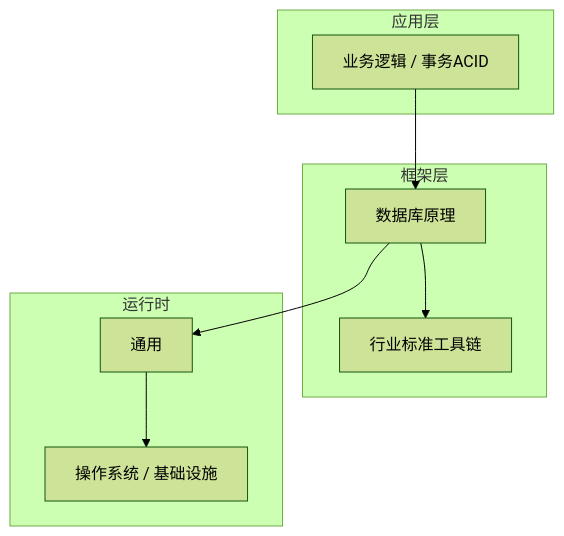
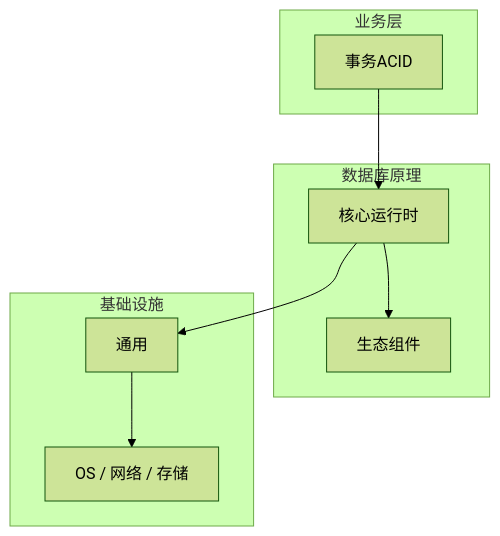
The diagram in articles/数据库原理/chapters/037-事务ACID核心概念与原理.md (yanggan2015/knowledge-json-v2), drawn with Mermaid (forest theme) before and after one commit. The commit also changed other lines of this file and 10127 other files, not shown here.

````diff
--- a/articles/数据库原理/chapters/037-事务ACID核心概念与原理.md
+++ b/articles/数据库原理/chapters/037-事务ACID核心概念与原理.md
@@ -45,18 +34,18 @@
 ```mermaid
 graph TB
-    subgraph 应用层
-        A[业务逻辑 / 事务ACID]
+    subgraph 业务层
+        A[事务ACID]
     end
-    subgraph 框架层
-        B[数据库原理]
-        C[行业标准工具链]
+    subgraph 数据库原理
+        B[核心运行时]
+        C[生态组件]
     end
-    subgraph 运行时
+    subgraph 基础设施
         D[通用]
-        E[操作系统 / 基础设施]
+        E[OS / 网络 / 存储]
     end
     A --> B
     B --> C
     B --> D
     D --> E
 ```
````
